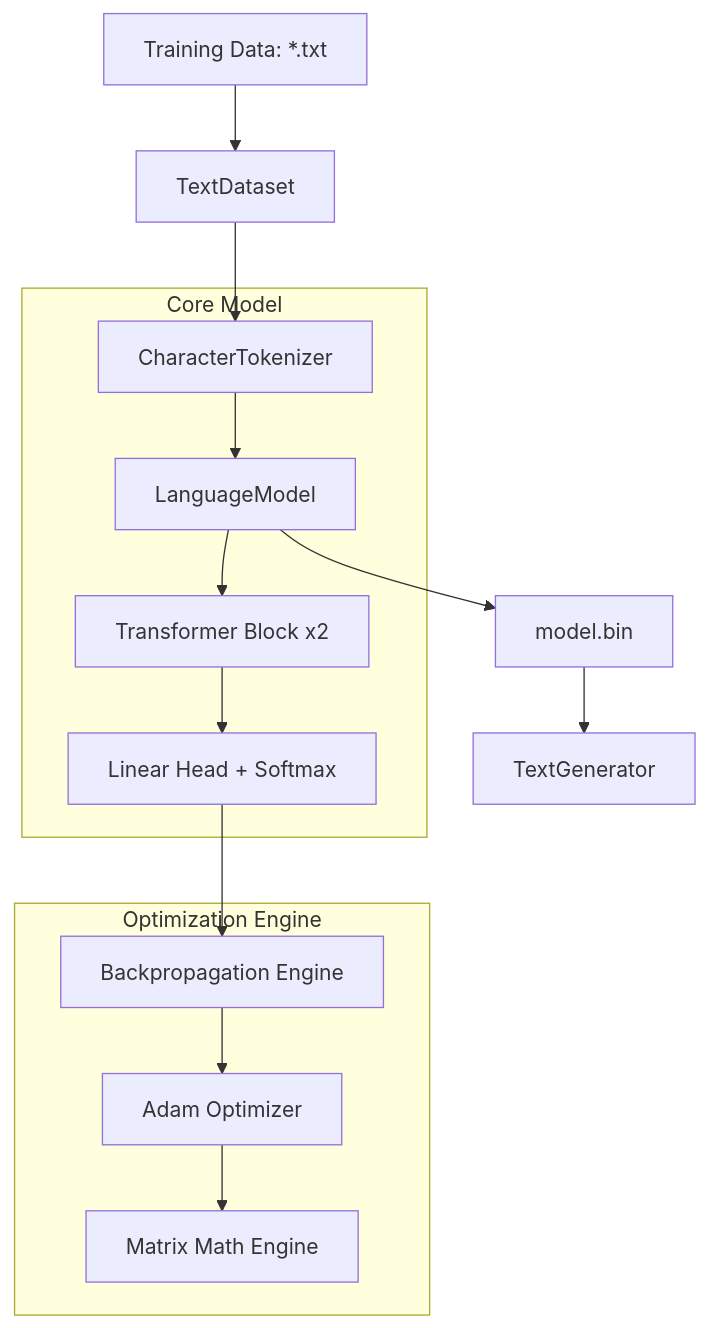
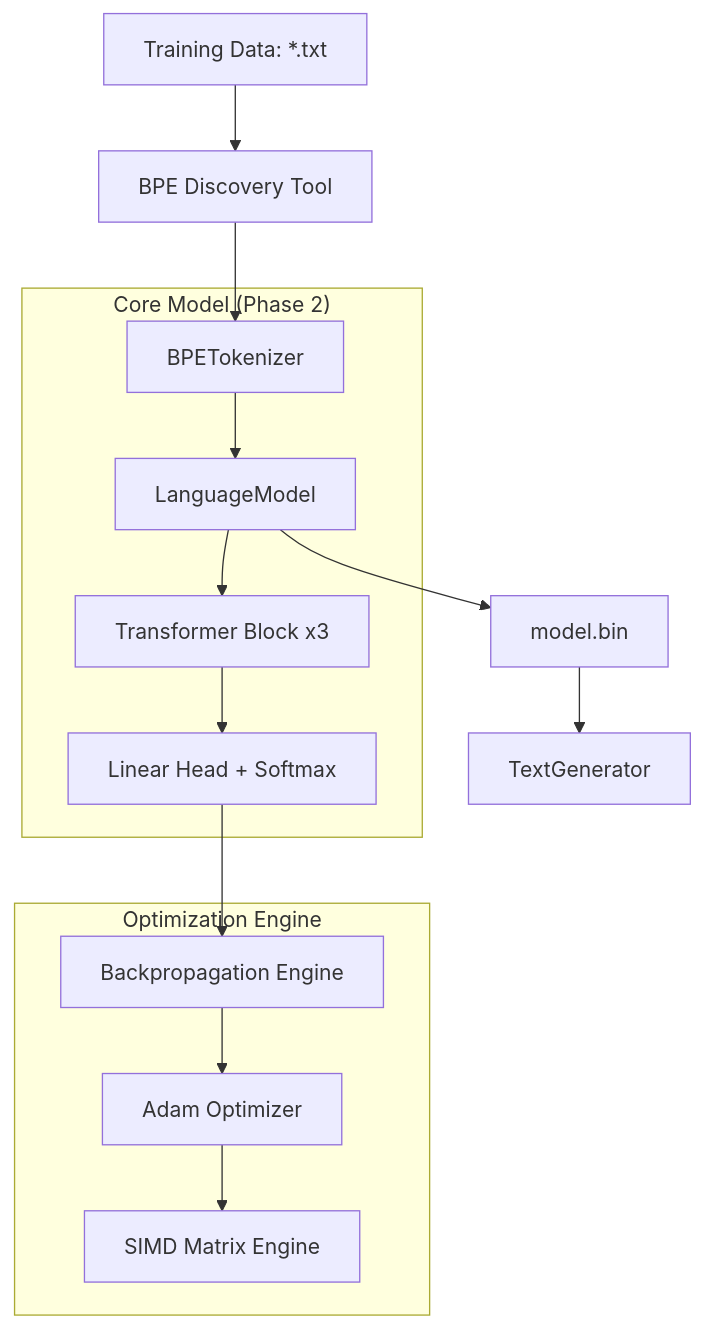
The diagram in LearnAI-Words/README.md (markvasey/mystuff), drawn with Mermaid before and after one commit. The commit also changed other lines of this file and 17 other files, not shown here.

````diff
--- a/LearnAI-Words/README.md
+++ b/LearnAI-Words/README.md
@@ -54,20 +46,20 @@
 ```mermaid
 graph TD
-    Data[Training Data: *.txt] --> Dataset[TextDataset]
-    Dataset --> Tokenizer[CharacterTokenizer]
+    Data[Training Data: *.txt] --> BPE[BPE Discovery Tool]
+    BPE --> Tokenizer[BPETokenizer]
     
-    subgraph "Core Model"
+    subgraph "Core Model (Phase 2)"
         Tokenizer --> LM[LanguageModel]
-        LM --> Block[Transformer Block x2]
+        LM --> Block[Transformer Block x3]
         Block --> Head[Linear Head + Softmax]
     end
     
     subgraph "Optimization Engine"
         Head --> Backprop[Backpropagation Engine]
         Backprop --> Adam[Adam Optimizer]
-        Adam --> Matrix[Matrix Math Engine]
+        Adam --> Matrix[SIMD Matrix Engine]
     end
     
     LM --> Persistence[model.bin]
     Persistence --> Generator[TextGenerator]
 ```
````
